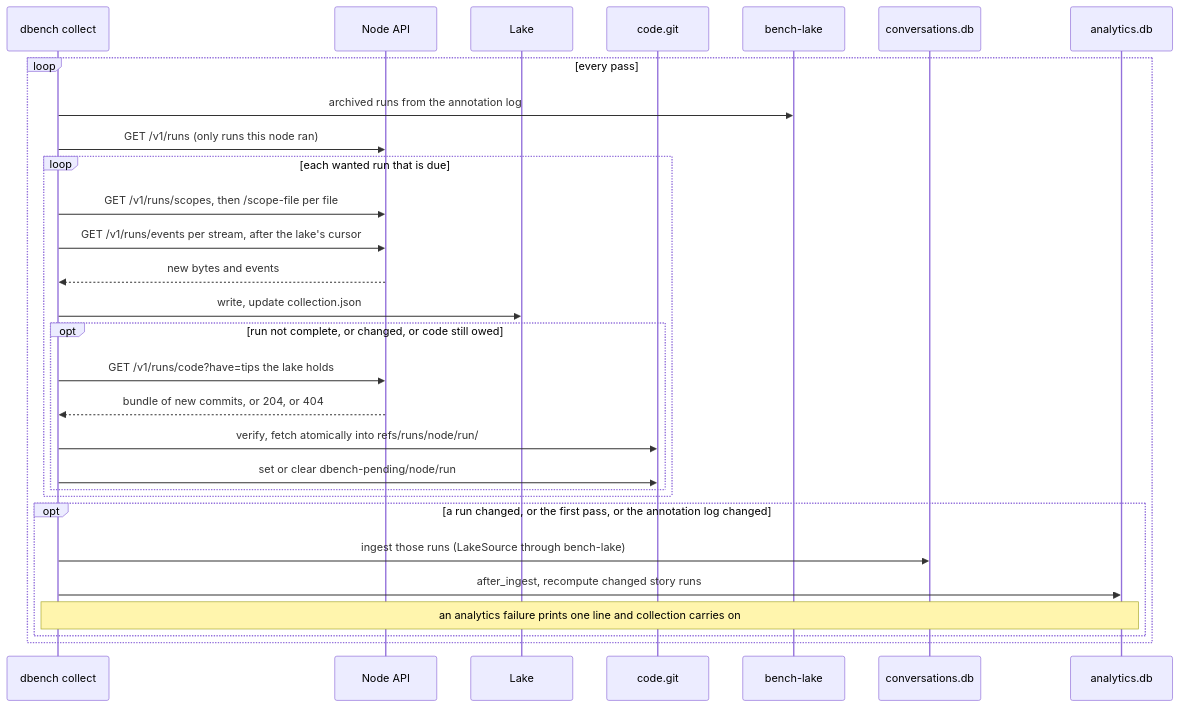
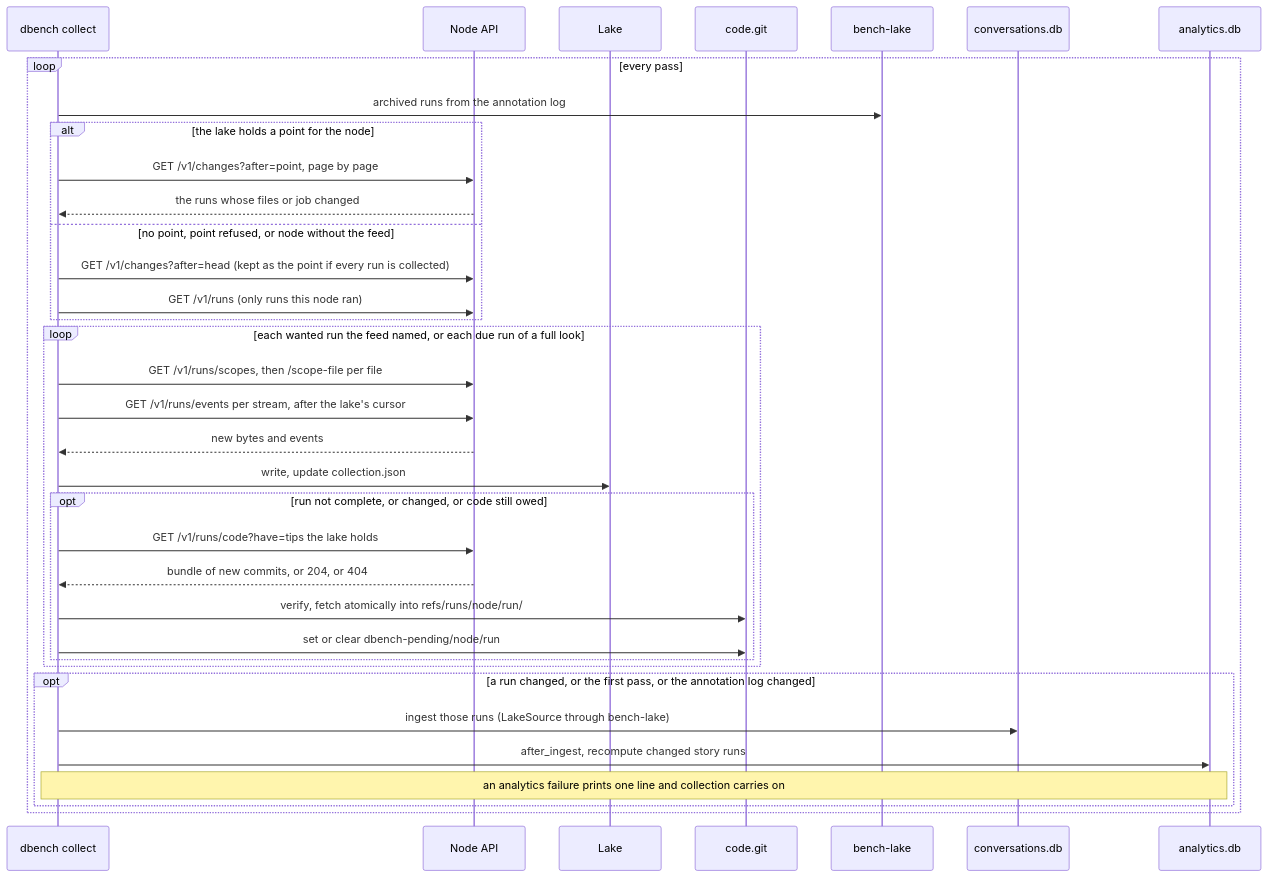
The fifth of 9 diagrams in docs/dataflow.md (boxabirds/awesome-local-ai), drawn with Mermaid before and after one commit. The commit also changed other lines of this file and 4 other files, not shown here.

First line of the commit message:
Docs for story 24's incremental collection: dbench README, dataflow, the guide; the collector logs why it takes a full look

````diff
--- a/docs/dataflow.md
+++ b/docs/dataflow.md
@@ -330,31 +330,37 @@
 ```mermaid
 sequenceDiagram
   participant C as dbench collect
   participant N as Node API
   participant L as Lake
   participant K as code.git
   participant B as bench-lake
   participant W as conversations.db
   participant A as analytics.db
   loop every pass
     C->>B: archived runs from the annotation log
-    C->>N: GET /v1/runs (only runs this node ran)
-    loop each wanted run that is due
+    alt the lake holds a point for the node
+      C->>N: GET /v1/changes?after=point, page by page
+      N-->>C: the runs whose files or job changed
+    else no point, point refused, or node without the feed
+      C->>N: GET /v1/changes?after=head (kept as the point if every run is collected)
+      C->>N: GET /v1/runs (only runs this node ran)
+    end
+    loop each wanted run the feed named, or each due run of a full look
       C->>N: GET /v1/runs/scopes, then /scope-file per file
       C->>N: GET /v1/runs/events per stream, after the lake's cursor
       N-->>C: new bytes and events
       C->>L: write, update collection.json
       opt run not complete, or changed, or code still owed
         C->>N: GET /v1/runs/code?have=tips the lake holds
         N-->>C: bundle of new commits, or 204, or 404
         C->>K: verify, fetch atomically into refs/runs/node/run/
         C->>K: set or clear dbench-pending/node/run
       end
     end
     opt a run changed, or the first pass, or the annotation log changed
       C->>W: ingest those runs (LakeSource through bench-lake)
       C->>A: after_ingest, recompute changed story runs
       Note over C,A: an analytics failure prints one line and collection carries on
     end
   end
 ```
````
